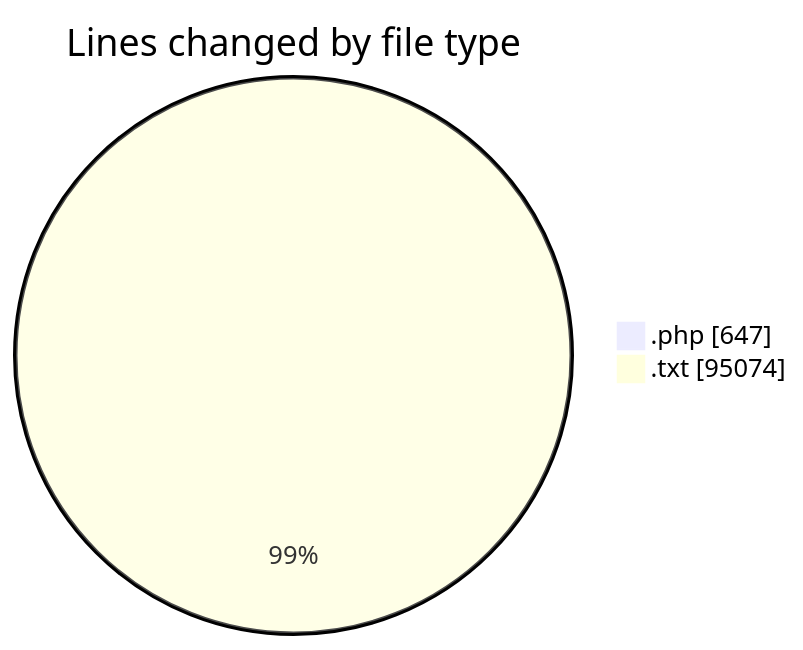
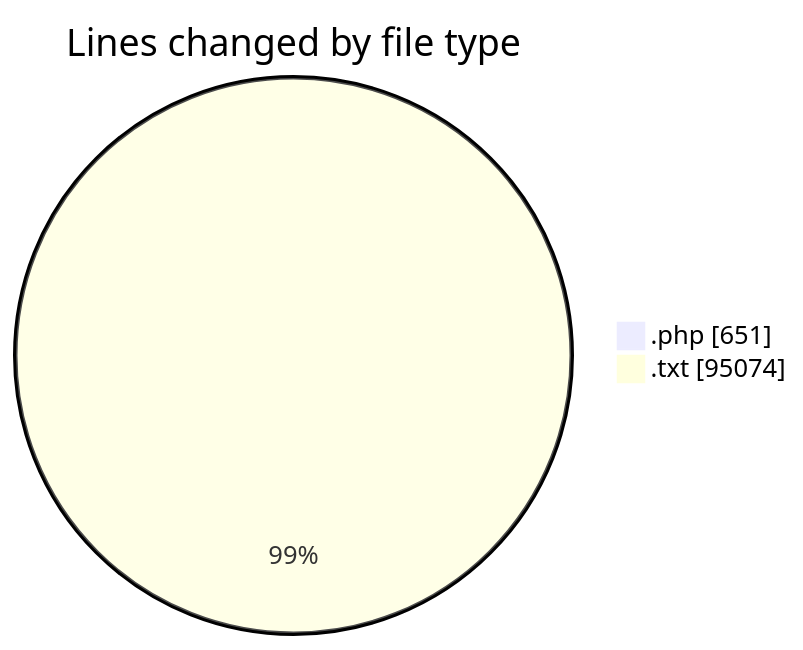
One commit to LanceThiago/code-tracking changed the first of 2 diagrams in 2026-02-09/enviarfacturas/README.md. Above: the diagram before and after it, drawn with Mermaid. The commit also changed other lines of this file and 1 other file, not shown here.

````diff
--- a/2026-02-09/enviarfacturas/README.md
+++ b/2026-02-09/enviarfacturas/README.md
@@ -25,6 +25,6 @@
 ```mermaid
 pie showData
 title Lines changed by file type
-".php" : 647
+".php" : 651
 ".txt" : 95074
 ```
````
